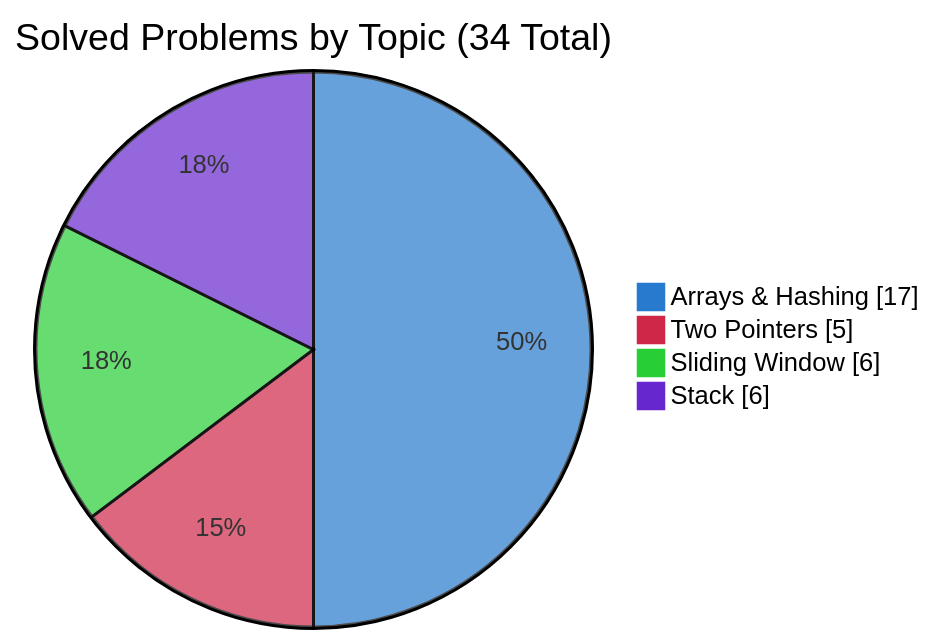
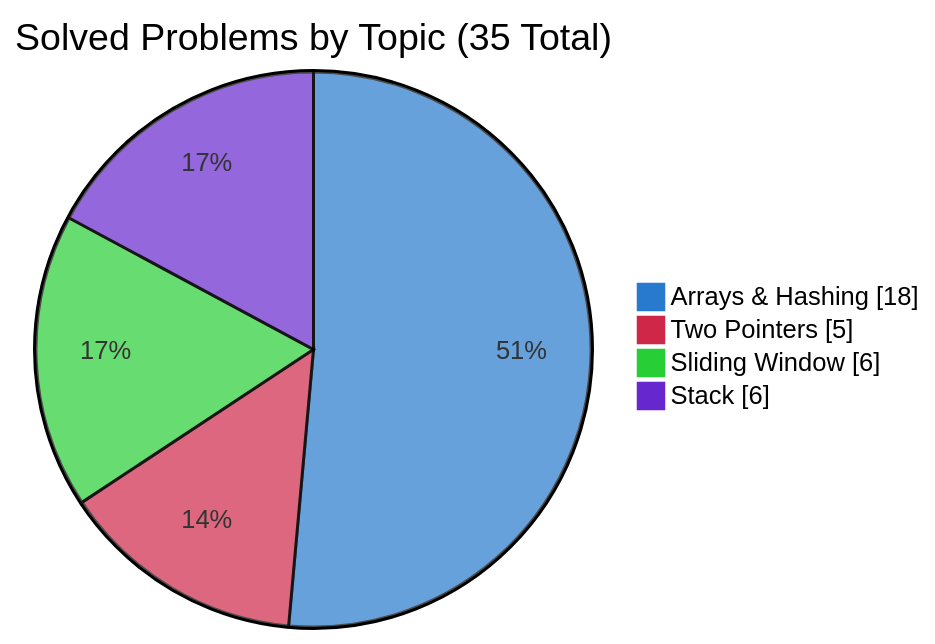
One commit to simonesiega/leetcode-solutions changed the second of 3 diagrams in README.md. Above: the diagram before and after it, drawn with Mermaid. The commit also changed other lines of this file and 3 other files, not shown here.

````diff
--- a/README.md
+++ b/README.md
@@ -78,9 +78,9 @@
 ```mermaid
 %%{init: {"themeVariables":{"pie1":"#277ace","pie2":"#ce2748","pie3":"#27ce35","pie4":"#6727ce"},"themeCSS":".pieCircle:nth-of-type(1){fill:#277ace!important}.legend:nth-of-type(2) rect{fill:#277ace!important;stroke:#277ace!important}.pieCircle:nth-of-type(2){fill:#ce2748!important}.legend:nth-of-type(3) rect{fill:#ce2748!important;stroke:#ce2748!important}.pieCircle:nth-of-type(3){fill:#27ce35!important}.legend:nth-of-type(4) rect{fill:#27ce35!important;stroke:#27ce35!important}.pieCircle:nth-of-type(4){fill:#6727ce!important}.legend:nth-of-type(5) rect{fill:#6727ce!important;stroke:#6727ce!important}"}}%%
 pie showData
-    title Solved Problems by Topic (34 Total)
-    "Arrays & Hashing" : 17
+    title Solved Problems by Topic (35 Total)
+    "Arrays & Hashing" : 18
     "Two Pointers" : 5
     "Sliding Window" : 6
     "Stack" : 6
 ```
````
